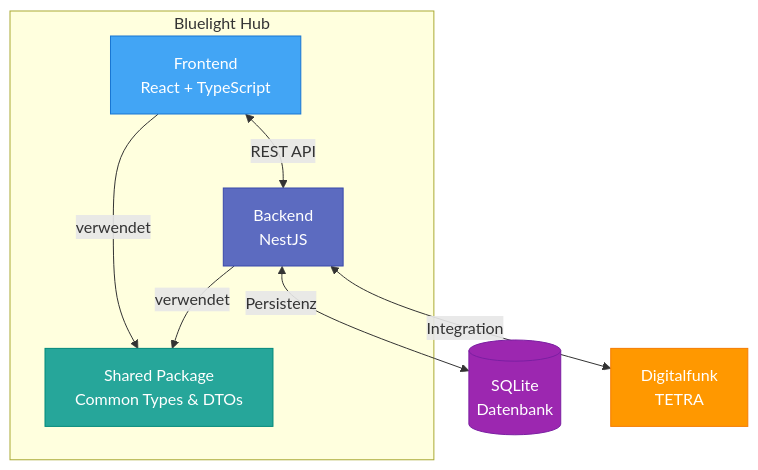
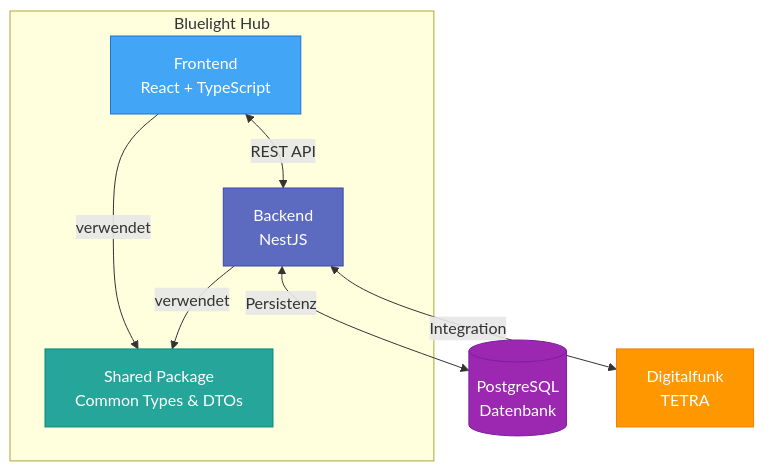
The first of 7 diagrams in docs/architecture/05-building-block-view.adoc (bluelight-hub/app), drawn with Mermaid before and after one commit. The commit also changed other lines of this file and 49 other files, not shown here.

```diff
--- a/docs/architecture/05-building-block-view.adoc
+++ b/docs/architecture/05-building-block-view.adoc
@@ -17,28 +17,28 @@
 [mermaid]
 ....
 flowchart TB
     %% Hauptkomponenten
     subgraph BluelightHub[Bluelight Hub]
         Frontend[Frontend\nReact + TypeScript]:::frontend
         Backend[Backend\nNestJS]:::backend
         SharedPackage[Shared Package\nCommon Types & DTOs]:::shared
     end
     
     %% Externe Systeme
-    DB[(SQLite\nDatenbank)]:::database
+    DB[(PostgreSQL\nDatenbank)]:::database
     ExtDigitalfunk[Digitalfunk\nTETRA]:::external
     
     %% Beziehungen
     Frontend <-->|REST API| Backend
     Frontend -->|verwendet| SharedPackage
     Backend -->|verwendet| SharedPackage
     Backend <-->|Persistenz| DB
     Backend <-->|Integration| ExtDigitalfunk
     
     %% Styling
     classDef frontend fill:#42A5F5,stroke:#1976D2,color:white
     classDef backend fill:#5C6BC0,stroke:#3949AB,color:white
     classDef shared fill:#26A69A,stroke:#00897B,color:white
     classDef database fill:#9C27B0,stroke:#7B1FA2,color:white
     classDef external fill:#FF9800,stroke:#F57C00,color:white
 ....
```
